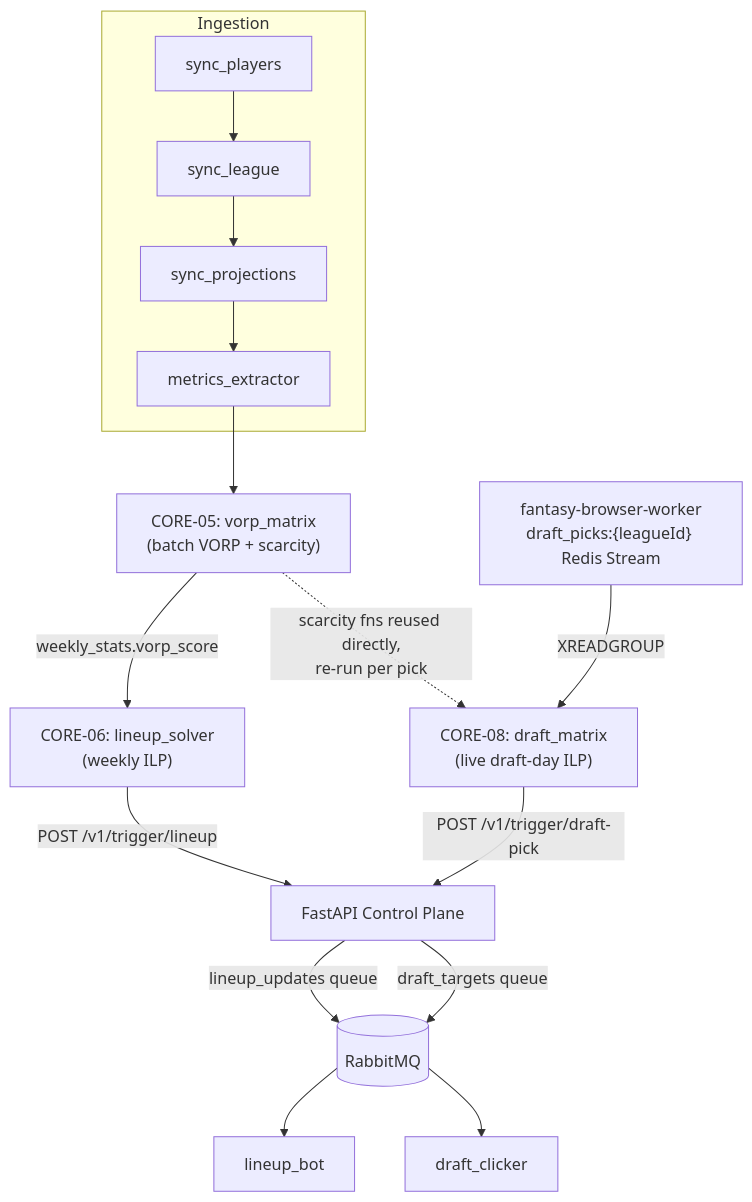
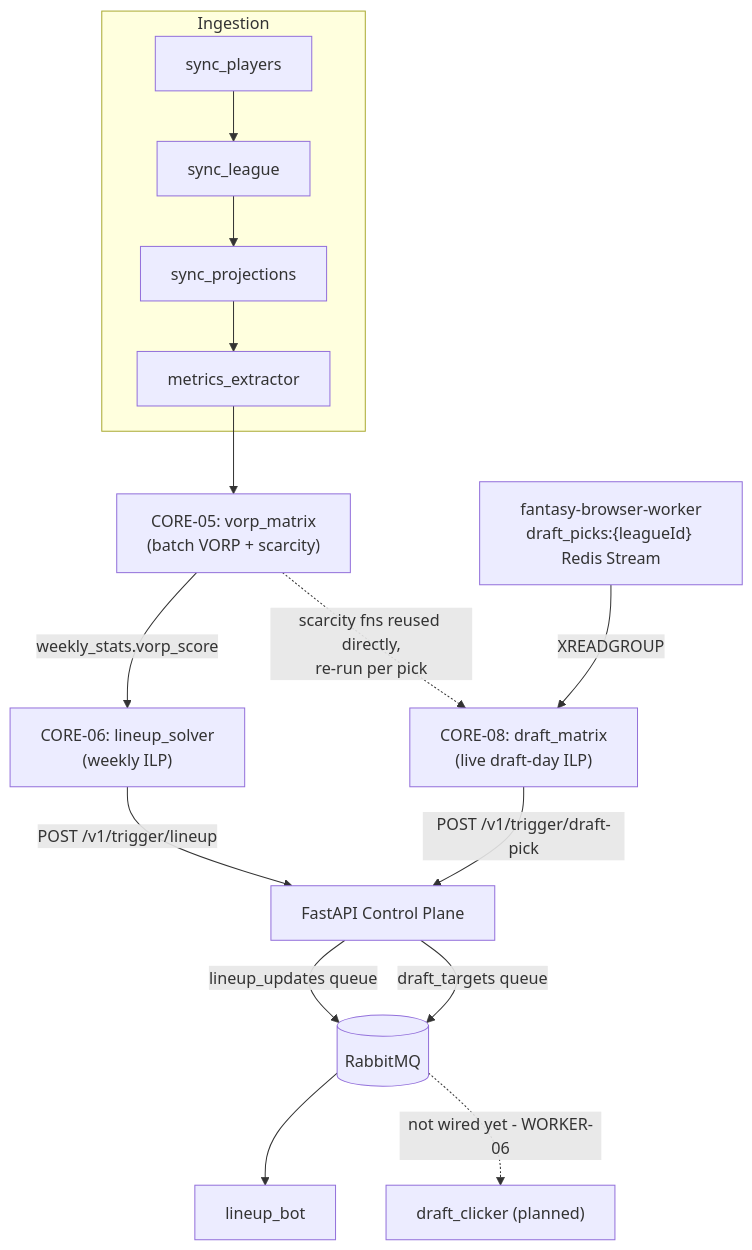
One commit to cvillarr23/fantasy-core-pipeline changed the first of 2 diagrams in README.md. Above: the diagram before and after it, drawn with Mermaid. The commit also changed other lines of this file and 3 other files, not shown here.

````diff
--- a/README.md
+++ b/README.md
@@ -18,21 +18,21 @@
 ```mermaid
 flowchart TD
     subgraph Ingestion
         SP[sync_players] --> SL[sync_league]
         SL --> SPR[sync_projections]
         SPR --> ME[metrics_extractor]
     end
 
     ME --> VM["CORE-05: vorp_matrix<br/>(batch VORP + scarcity)"]
     VM -->|"weekly_stats.vorp_score"| LS["CORE-06: lineup_solver<br/>(weekly ILP)"]
     VM -.->|"scarcity fns reused directly,<br/>re-run per pick"| DM["CORE-08: draft_matrix<br/>(live draft-day ILP)"]
 
     RW["fantasy-browser-worker<br/>draft_picks:{leagueId} Redis Stream"] -->|XREADGROUP| DM
 
     LS -->|"POST /v1/trigger/lineup"| API[FastAPI Control Plane]
     DM -->|"POST /v1/trigger/draft-pick"| API
     API -->|lineup_updates queue| MQ[(RabbitMQ)]
     API -->|draft_targets queue| MQ
     MQ --> LB[lineup_bot]
-    MQ --> DB2[draft_clicker]
+    MQ -.->|"not wired yet - WORKER-06"| DB2["draft_clicker (planned)"]
 ```
````
